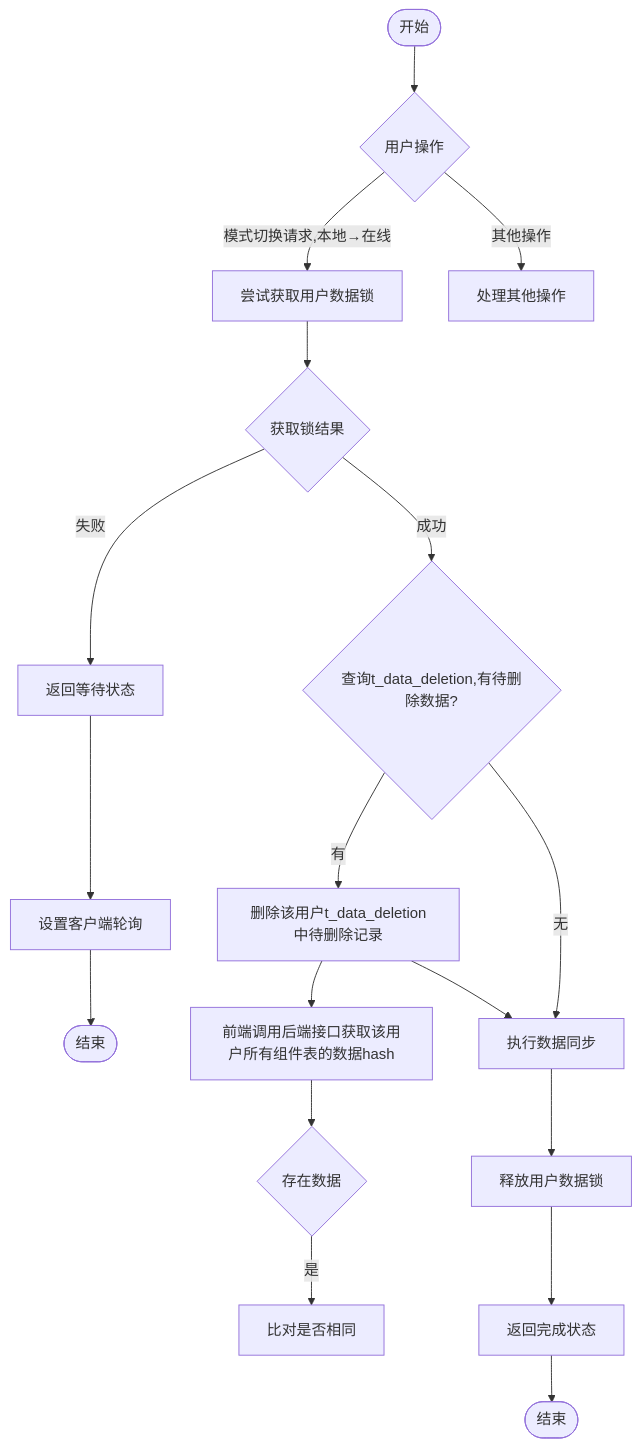
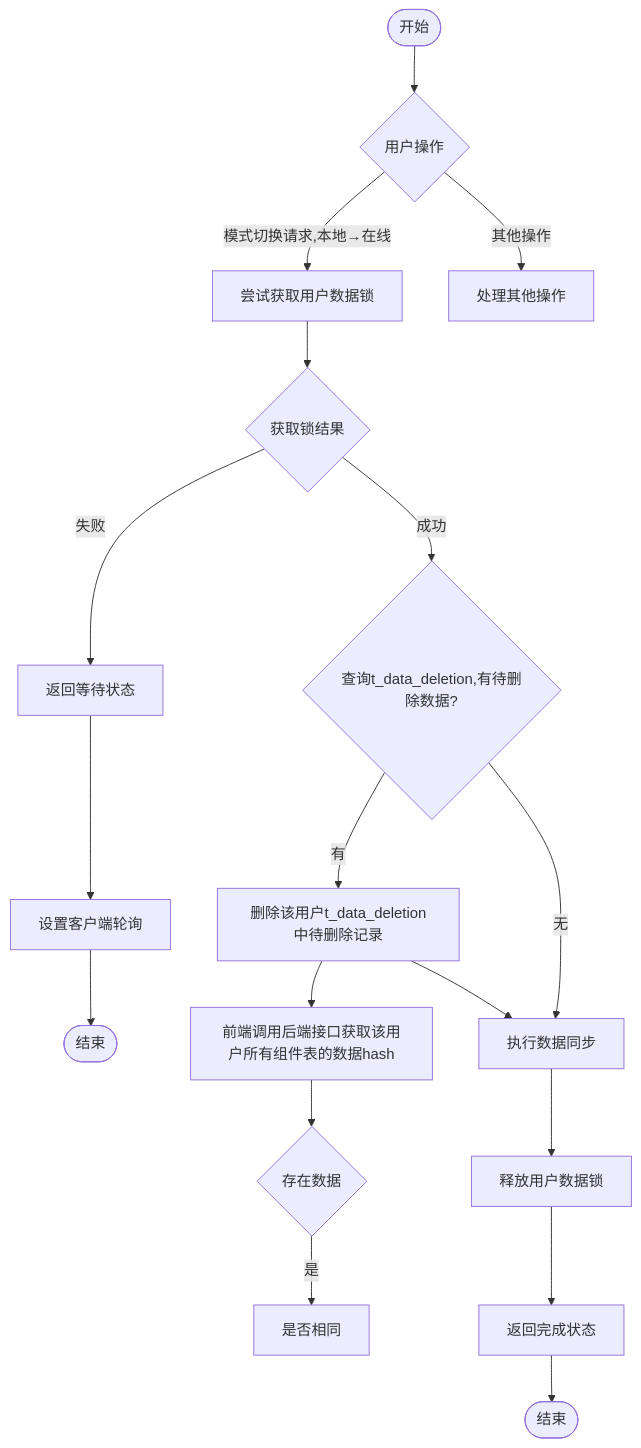
Before and after one commit to yingjianzh/iodraw-files: the diagram in all/未命名-57.md, drawn with Mermaid.

Commit message:
2025-05-12 11:33:02 update

````diff
--- a/all/未命名-57.md
+++ b/all/未命名-57.md
@@ -1,32 +1,32 @@
 ```mermaid
 
 flowchart TD
     %% 主要分支
     Start([开始]) --> UserAction{用户操作}
     UserAction -->|模式切换请求,本地→在线| TryLock[尝试获取用户数据锁]
     UserAction -->|其他操作| OtherOps[处理其他操作]
 
     %% 模式切换流程
     TryLock --> LockResult{获取锁结果}
     
     LockResult -->|失败| ReturnWaiting[返回等待状态]
     ReturnWaiting --> SetupPolling[设置客户端轮询]
     SetupPolling --> End1([结束])
     
     LockResult -->|成功| CheckPendingDeletion{查询t_data_deletion,有待删除数据?}
     
     CheckPendingDeletion -->|有| RemoveDeletionRecords[删除该用户t_data_deletion中待删除记录]
     RemoveDeletionRecords --> FrontGetComponentTableHash[前端调用后端接口获取该用户所有组件表的数据hash]
     FrontGetComponentTableHash --> ExistData{存在数据}
 
-    ExistData --> |是| CheckIsSame[比对是否相同]
-    
+    ExistData --> |是| CheckIsSame[是否相同]
+
     RemoveDeletionRecords --> PerformSync[执行数据同步]
     
     CheckPendingDeletion -->|无| PerformSync
     
     PerformSync --> ReleaseSwitchLock[释放用户数据锁]
     ReleaseSwitchLock --> ReturnComplete[返回完成状态]
     ReturnComplete --> End2([结束])
 
 ```
````
